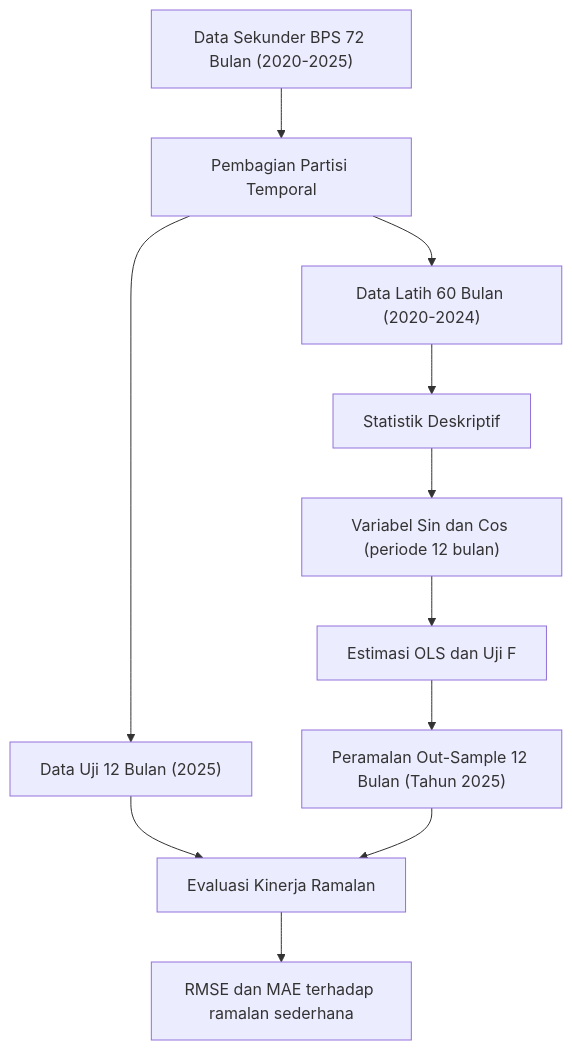
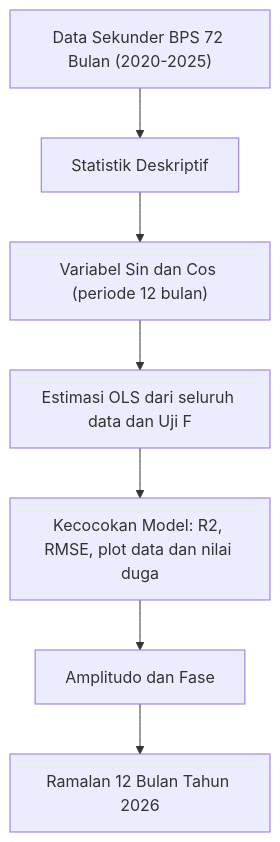
One commit to zoxervy/statistika changed the diagram in Statistika-RegresiHarmonik/02 Laporan/Gambar 2.1 Kerangka Pemikiran.md. Above: the diagram before and after it, drawn with Mermaid. The commit also changed other lines of this file and 40 other files, not shown here.

First line of the commit message:
Revisi ke ramal 2026 tanpa data uji, dasar Kusdarwati (2023) dan Astuti (2018)

````diff
--- a/Statistika-RegresiHarmonik/02 Laporan/Gambar 2.1 Kerangka Pemikiran.md
+++ b/Statistika-RegresiHarmonik/02 Laporan/Gambar 2.1 Kerangka Pemikiran.md
@@ -10,15 +10,9 @@
 ```mermaid
 flowchart TD
-    D72["Data Sekunder BPS 72 Bulan (2020-2025)"] --> SPLIT["Pembagian Partisi Temporal"]
-    SPLIT --> TR["Data Latih 60 Bulan (2020-2024)"]
-    SPLIT --> TE["Data Uji 12 Bulan (2025)"]
-    
-    TR --> DESK["Statistik Deskriptif"]
+    D72["Data Sekunder BPS 72 Bulan (2020-2025)"] --> DESK["Statistik Deskriptif"]
     DESK --> FEAT["Variabel Sin dan Cos (periode 12 bulan)"]
-    FEAT --> OLS["Estimasi OLS dan Uji F"]
-    OLS --> FCAST["Peramalan Out-Sample 12 Bulan (Tahun 2025)"]
-    
-    TE --> EVAL["Evaluasi Kinerja Ramalan"]
-    FCAST --> EVAL
-    EVAL --> METRIC["RMSE dan MAE terhadap ramalan sederhana"]
+    FEAT --> OLS["Estimasi OLS dari seluruh data dan Uji F"]
+    OLS --> FIT["Kecocokan Model: R2, RMSE, plot data dan nilai duga"]
+    FIT --> AF["Amplitudo dan Fase"]
+    AF --> FCAST["Ramalan 12 Bulan Tahun 2026"]
 ```
````
